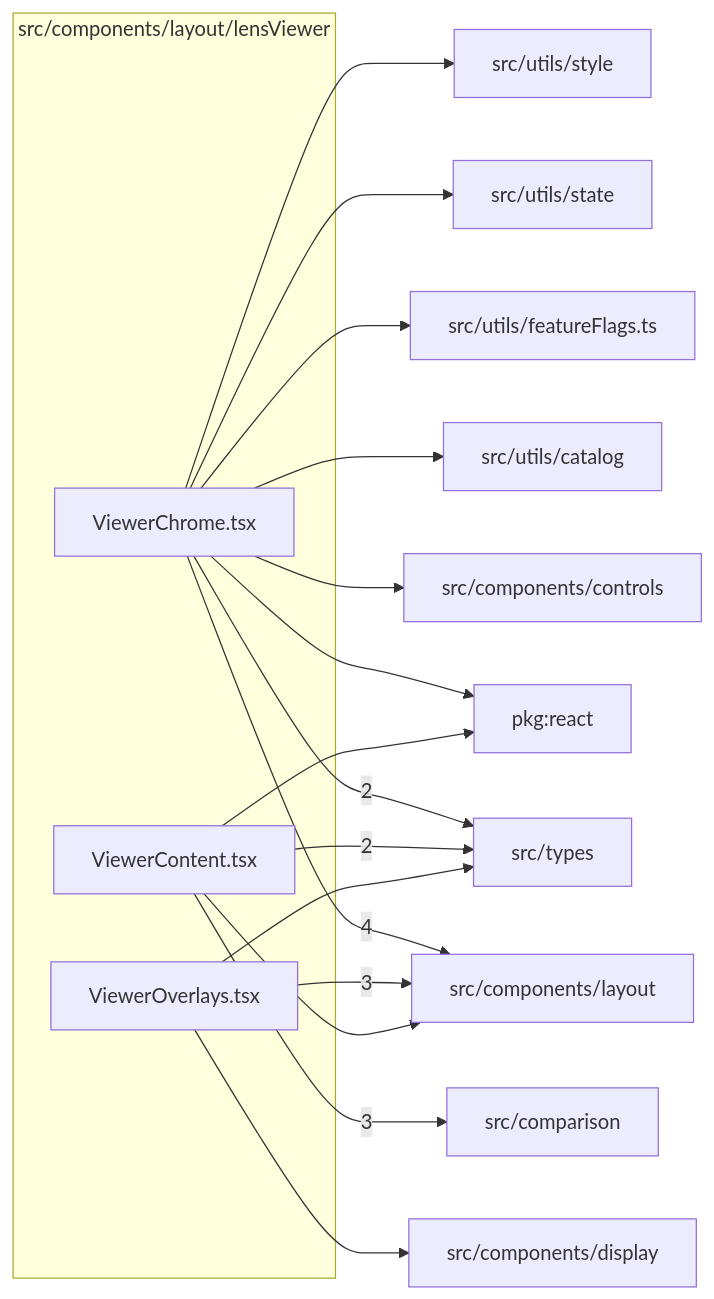
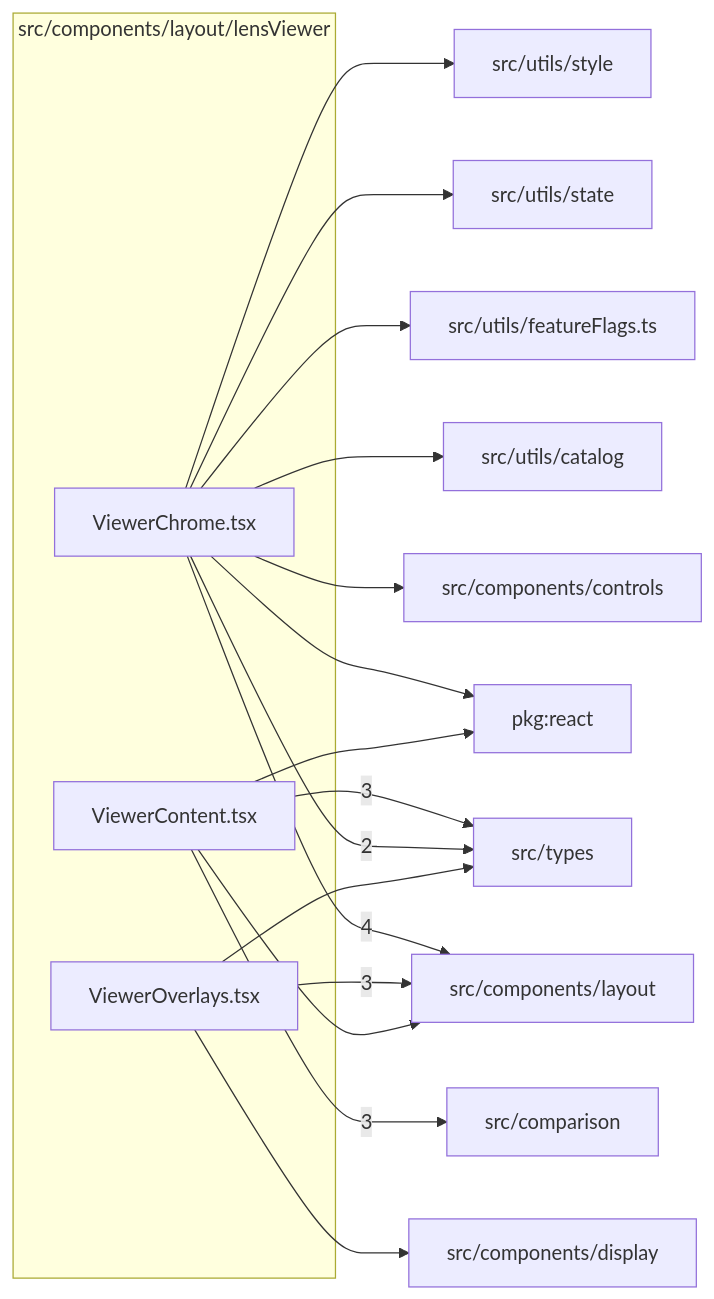
Before and after one commit to ronbuening/LensVisualizer: the diagram in src/components/layout/lensViewer/readme.md, drawn with Mermaid. The commit also changed other lines of this file and 56 other files, not shown here.

````diff
--- a/src/components/layout/lensViewer/readme.md
+++ b/src/components/layout/lensViewer/readme.md
@@ -9,33 +9,33 @@
 ```mermaid
 flowchart LR
   subgraph n_src_components_layout_lensViewer["src/components/layout/lensViewer"]
     n_src_components_layout_lensViewer_src_components_layout_lensViewer_ViewerChrome_tsx["ViewerChrome.tsx"]
     n_src_components_layout_lensViewer_src_components_layout_lensViewer_ViewerContent_tsx["ViewerContent.tsx"]
     n_src_components_layout_lensViewer_src_components_layout_lensViewer_ViewerOverlays_tsx["ViewerOverlays.tsx"]
   end
   n_external_src_components_layout["src/components/layout"]
   n_external_src_comparison["src/comparison"]
   n_external_src_types["src/types"]
   n_external_pkg_react["pkg:react"]
   n_external_src_components_controls["src/components/controls"]
   n_external_src_components_display["src/components/display"]
   n_external_src_utils_catalog["src/utils/catalog"]
   n_external_src_utils_featureFlags_ts["src/utils/featureFlags.ts"]
   n_external_src_utils_state["src/utils/state"]
   n_external_src_utils_style["src/utils/style"]
   n_src_components_layout_lensViewer_src_components_layout_lensViewer_ViewerChrome_tsx --> |4| n_external_src_components_layout
   n_src_components_layout_lensViewer_src_components_layout_lensViewer_ViewerContent_tsx --> |3| n_external_src_comparison
   n_src_components_layout_lensViewer_src_components_layout_lensViewer_ViewerOverlays_tsx --> |3| n_external_src_components_layout
+  n_src_components_layout_lensViewer_src_components_layout_lensViewer_ViewerContent_tsx --> |3| n_external_src_types
   n_src_components_layout_lensViewer_src_components_layout_lensViewer_ViewerChrome_tsx --> |2| n_external_src_types
-  n_src_components_layout_lensViewer_src_components_layout_lensViewer_ViewerContent_tsx --> |2| n_external_src_types
   n_src_components_layout_lensViewer_src_components_layout_lensViewer_ViewerChrome_tsx --> n_external_pkg_react
   n_src_components_layout_lensViewer_src_components_layout_lensViewer_ViewerContent_tsx --> n_external_pkg_react
   n_src_components_layout_lensViewer_src_components_layout_lensViewer_ViewerChrome_tsx --> n_external_src_components_controls
   n_src_components_layout_lensViewer_src_components_layout_lensViewer_ViewerOverlays_tsx --> n_external_src_components_display
   n_src_components_layout_lensViewer_src_components_layout_lensViewer_ViewerContent_tsx --> n_external_src_components_layout
   n_src_components_layout_lensViewer_src_components_layout_lensViewer_ViewerOverlays_tsx --> n_external_src_types
   n_src_components_layout_lensViewer_src_components_layout_lensViewer_ViewerChrome_tsx --> n_external_src_utils_catalog
   n_src_components_layout_lensViewer_src_components_layout_lensViewer_ViewerChrome_tsx --> n_external_src_utils_featureFlags_ts
   n_src_components_layout_lensViewer_src_components_layout_lensViewer_ViewerChrome_tsx --> n_external_src_utils_state
   n_src_components_layout_lensViewer_src_components_layout_lensViewer_ViewerChrome_tsx --> n_external_src_utils_style
 ```
````
